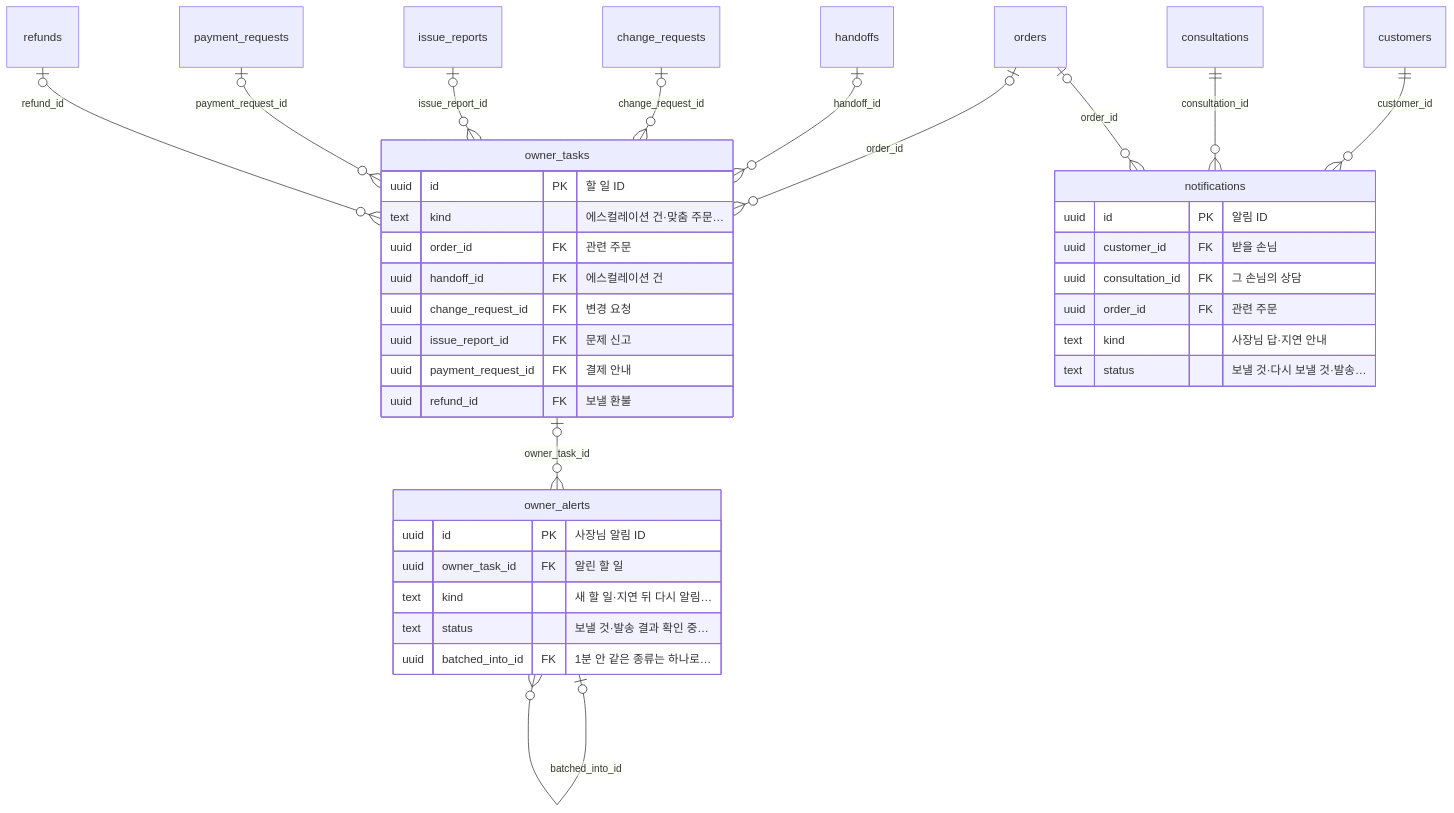
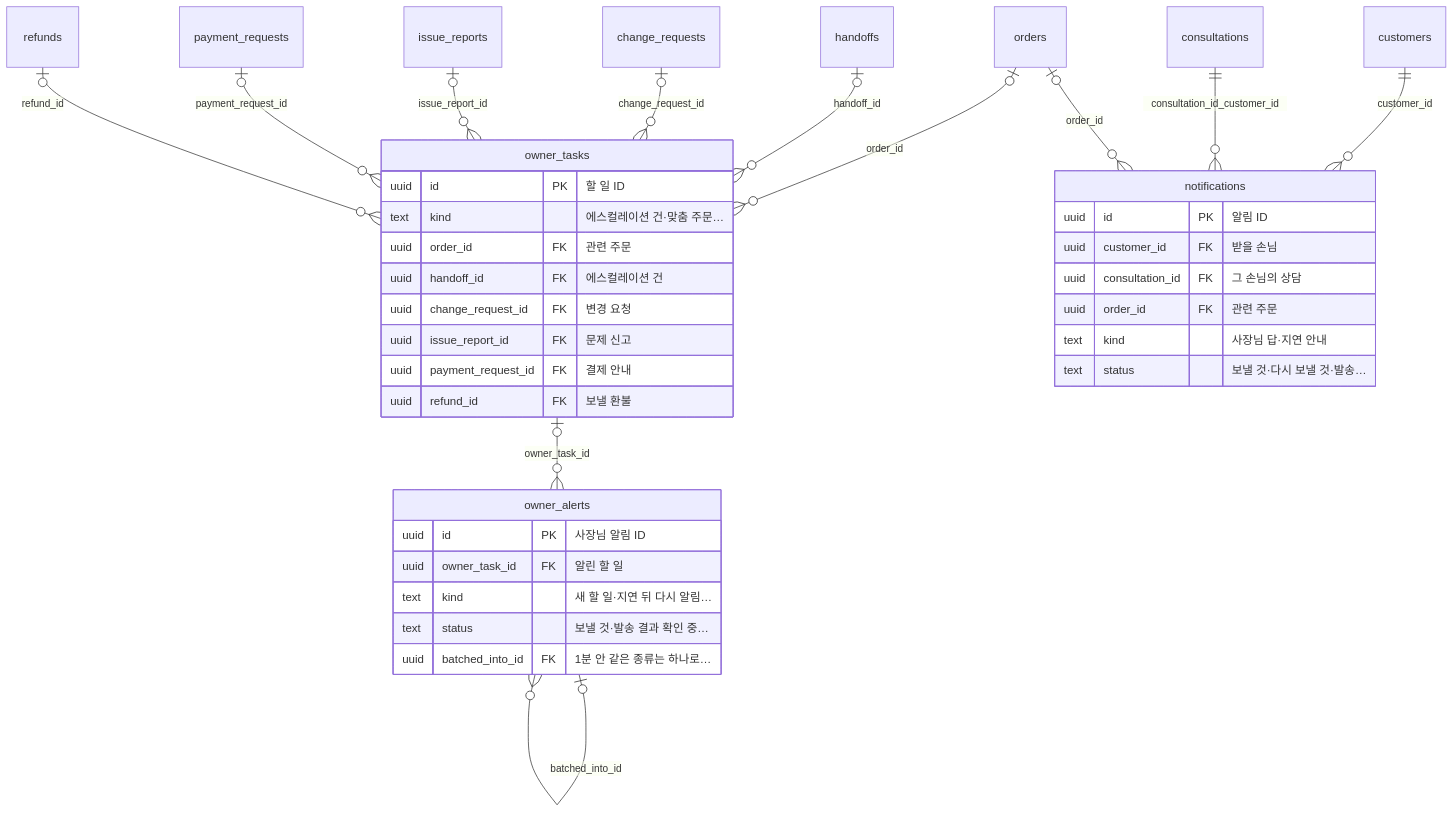
The ninth of 11 diagrams in docs/05-erd/README.md (kodonghui/siljang.ai), drawn with Mermaid before and after one commit. The commit also changed other lines of this file and 7 other files, not shown here.

````diff
--- a/docs/05-erd/README.md
+++ b/docs/05-erd/README.md
@@ -574,39 +609,39 @@
 ```mermaid
 erDiagram
   owner_tasks {
     uuid id PK "할 일 ID"
     text kind "에스컬레이션 건·맞춤 주문…"
     uuid order_id FK "관련 주문"
     uuid handoff_id FK "에스컬레이션 건"
     uuid change_request_id FK "변경 요청"
     uuid issue_report_id FK "문제 신고"
     uuid payment_request_id FK "결제 안내"
     uuid refund_id FK "보낼 환불"
   }
   owner_alerts {
     uuid id PK "사장님 알림 ID"
     uuid owner_task_id FK "알린 할 일"
     text kind "새 할 일·지연 뒤 다시 알림…"
     text status "보낼 것·발송 결과 확인 중…"
     uuid batched_into_id FK "1분 안 같은 종류는 하나로…"
   }
   notifications {
     uuid id PK "알림 ID"
     uuid customer_id FK "받을 손님"
     uuid consultation_id FK "그 손님의 상담"
     uuid order_id FK "관련 주문"
     text kind "사장님 답·지연 안내"
     text status "보낼 것·다시 보낼 것·발송…"
   }
   orders |o--o{ owner_tasks : "order_id"
   handoffs |o--o{ owner_tasks : "handoff_id"
   change_requests |o--o{ owner_tasks : "change_request_id"
   issue_reports |o--o{ owner_tasks : "issue_report_id"
   payment_requests |o--o{ owner_tasks : "payment_request_id"
   refunds |o--o{ owner_tasks : "refund_id"
   owner_tasks |o--o{ owner_alerts : "owner_task_id"
   owner_alerts |o--o{ owner_alerts : "batched_into_id"
   customers ||--o{ notifications : "customer_id"
-  consultations ||--o{ notifications : "consultation_id"
+  consultations ||--o{ notifications : "consultation_id_customer_id"
   orders |o--o{ notifications : "order_id"
 ```
````
